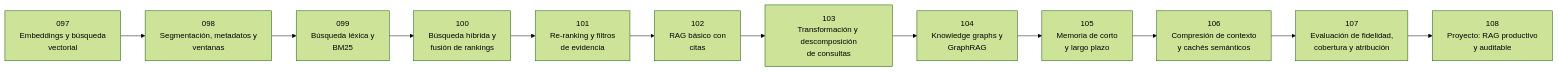
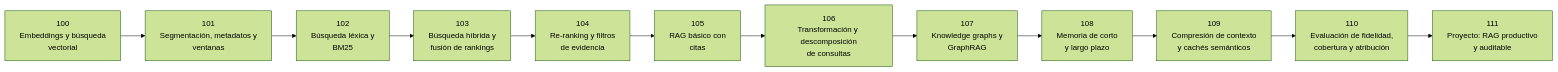
The diagram in classes/part-08-retrieval-context-memory-and-knowledge/README.md (vladimiracunadev-create/artificial-intelligence-evolution-program), drawn with Mermaid (forest theme) before and after one commit. The commit also changed other lines of this file and 1522 other files, not shown here.

````diff
--- a/classes/part-08-retrieval-context-memory-and-knowledge/README.md
+++ b/classes/part-08-retrieval-context-memory-and-knowledge/README.md
@@ -11,26 +11,26 @@
 ```mermaid
 flowchart LR
-    L097["097<br/>Embeddings y búsqueda<br/>vectorial"]
-    L098["098<br/>Segmentación, metadatos y<br/>ventanas"]
-    L099["099<br/>Búsqueda léxica y<br/>BM25"]
-    L100["100<br/>Búsqueda híbrida y<br/>fusión de rankings"]
-    L101["101<br/>Re-ranking y filtros<br/>de evidencia"]
-    L102["102<br/>RAG básico con<br/>citas"]
-    L103["103<br/>Transformación y descomposición<br/>de consultas"]
-    L104["104<br/>Knowledge graphs y<br/>GraphRAG"]
-    L105["105<br/>Memoria de corto<br/>y largo plazo"]
-    L106["106<br/>Compresión de contexto<br/>y cachés semánticos"]
-    L107["107<br/>Evaluación de fidelidad,<br/>cobertura y atribución"]
-    L108["108<br/>Proyecto: RAG productivo<br/>y auditable"]
-    L097 --> L098
-    L098 --> L099
-    L099 --> L100
+    L100["100<br/>Embeddings y búsqueda<br/>vectorial"]
+    L101["101<br/>Segmentación, metadatos y<br/>ventanas"]
+    L102["102<br/>Búsqueda léxica y<br/>BM25"]
+    L103["103<br/>Búsqueda híbrida y<br/>fusión de rankings"]
+    L104["104<br/>Re-ranking y filtros<br/>de evidencia"]
+    L105["105<br/>RAG básico con<br/>citas"]
+    L106["106<br/>Transformación y descomposición<br/>de consultas"]
+    L107["107<br/>Knowledge graphs y<br/>GraphRAG"]
+    L108["108<br/>Memoria de corto<br/>y largo plazo"]
+    L109["109<br/>Compresión de contexto<br/>y cachés semánticos"]
+    L110["110<br/>Evaluación de fidelidad,<br/>cobertura y atribución"]
+    L111["111<br/>Proyecto: RAG productivo<br/>y auditable"]
     L100 --> L101
     L101 --> L102
     L102 --> L103
     L103 --> L104
     L104 --> L105
     L105 --> L106
     L106 --> L107
     L107 --> L108
+    L108 --> L109
+    L109 --> L110
+    L110 --> L111
 ```
````
